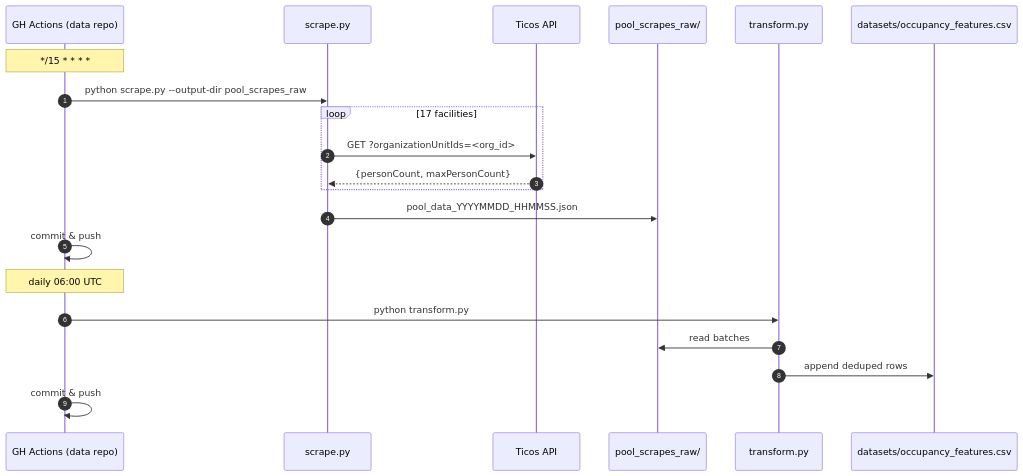
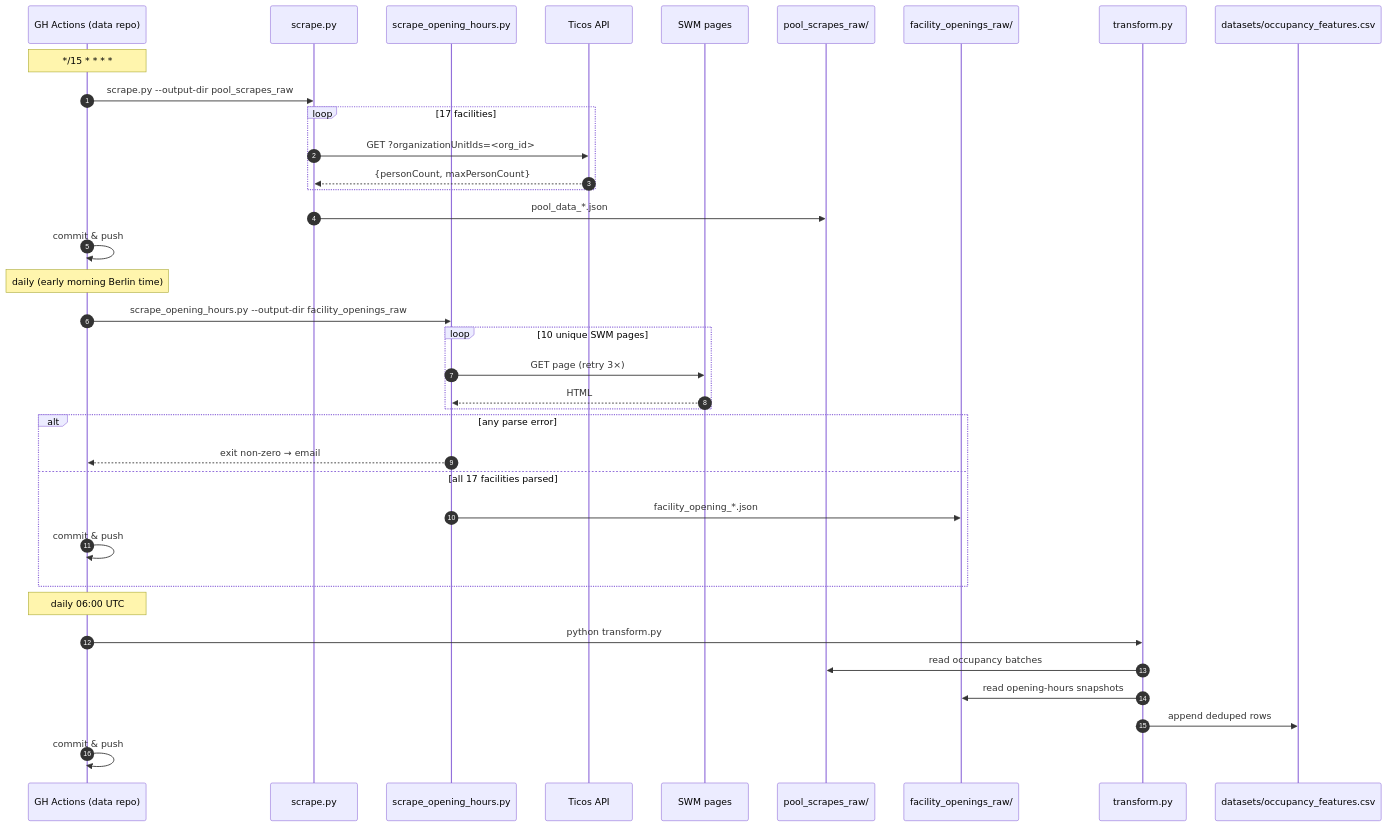
The second of 2 diagrams in specs/system/architecture.md (tillg/swm_pool_scraper), drawn with Mermaid before and after one commit. The commit also changed other lines of this file and 29 other files, not shown here.

First line of the commit message:
Add daily opening-hours scraper with closed-for-season handling

````diff
--- a/specs/system/architecture.md
+++ b/specs/system/architecture.md
@@ -118,25 +161,42 @@
 ```mermaid
 sequenceDiagram
     autonumber
     participant GH as GH Actions (data repo)
     participant Scr as scrape.py
+    participant OH as scrape_opening_hours.py
     participant Ticos as Ticos API
+    participant SWM as SWM pages
     participant Raw as pool_scrapes_raw/
+    participant Openings as facility_openings_raw/
     participant Trans as transform.py
     participant CSV as datasets/occupancy_features.csv
 
     Note over GH: */15 * * * *
-    GH->>Scr: python scrape.py --output-dir pool_scrapes_raw
+    GH->>Scr: scrape.py --output-dir pool_scrapes_raw
     loop 17 facilities
         Scr->>Ticos: GET ?organizationUnitIds=<org_id>
         Ticos-->>Scr: {personCount, maxPersonCount}
     end
-    Scr->>Raw: pool_data_YYYYMMDD_HHMMSS.json
+    Scr->>Raw: pool_data_*.json
     GH->>GH: commit & push
+
+    Note over GH: daily (early morning Berlin time)
+    GH->>OH: scrape_opening_hours.py --output-dir facility_openings_raw
+    loop 10 unique SWM pages
+        OH->>SWM: GET page (retry 3×)
+        SWM-->>OH: HTML
+    end
+    alt any parse error
+        OH-->>GH: exit non-zero → email
+    else all 17 facilities parsed
+        OH->>Openings: facility_opening_*.json
+        GH->>GH: commit & push
+    end
 
     Note over GH: daily 06:00 UTC
     GH->>Trans: python transform.py
-    Trans->>Raw: read batches
+    Trans->>Raw: read occupancy batches
+    Trans->>Openings: read opening-hours snapshots
     Trans->>CSV: append deduped rows
     GH->>GH: commit & push
 ```
````
